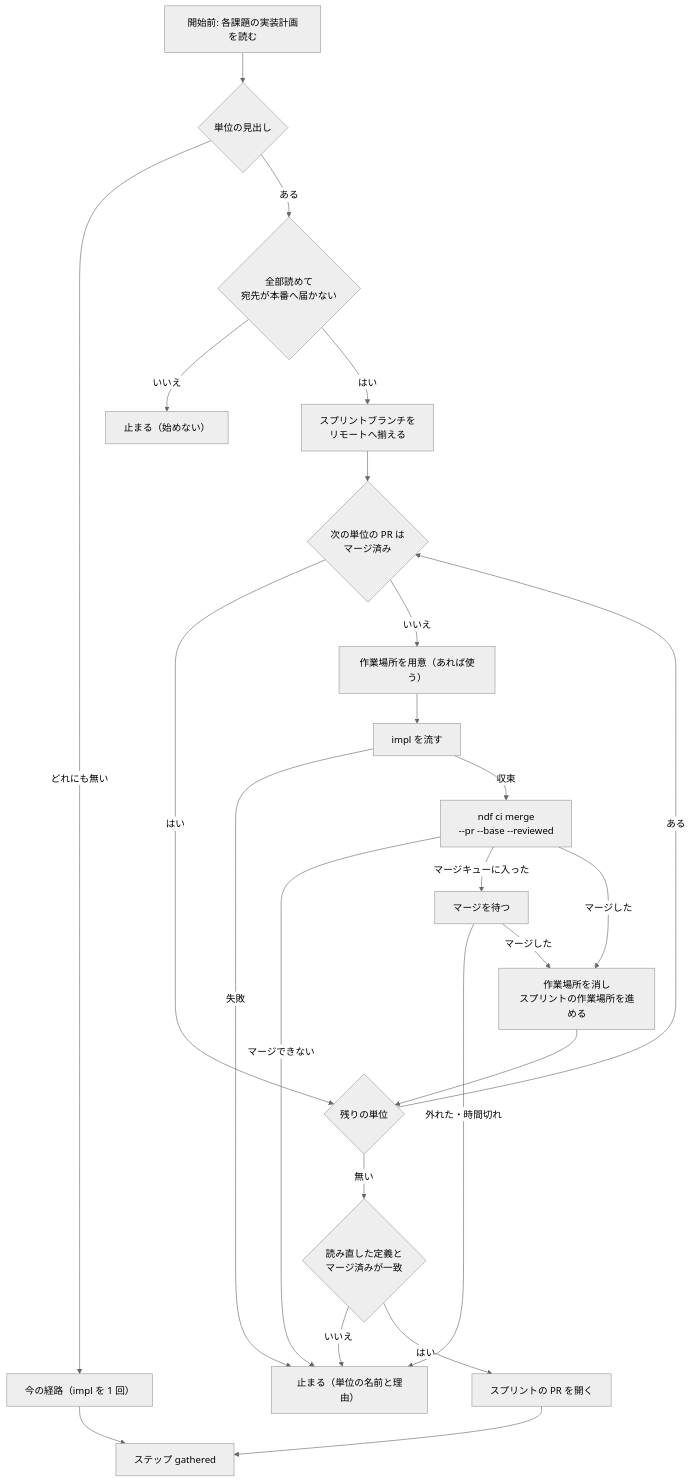
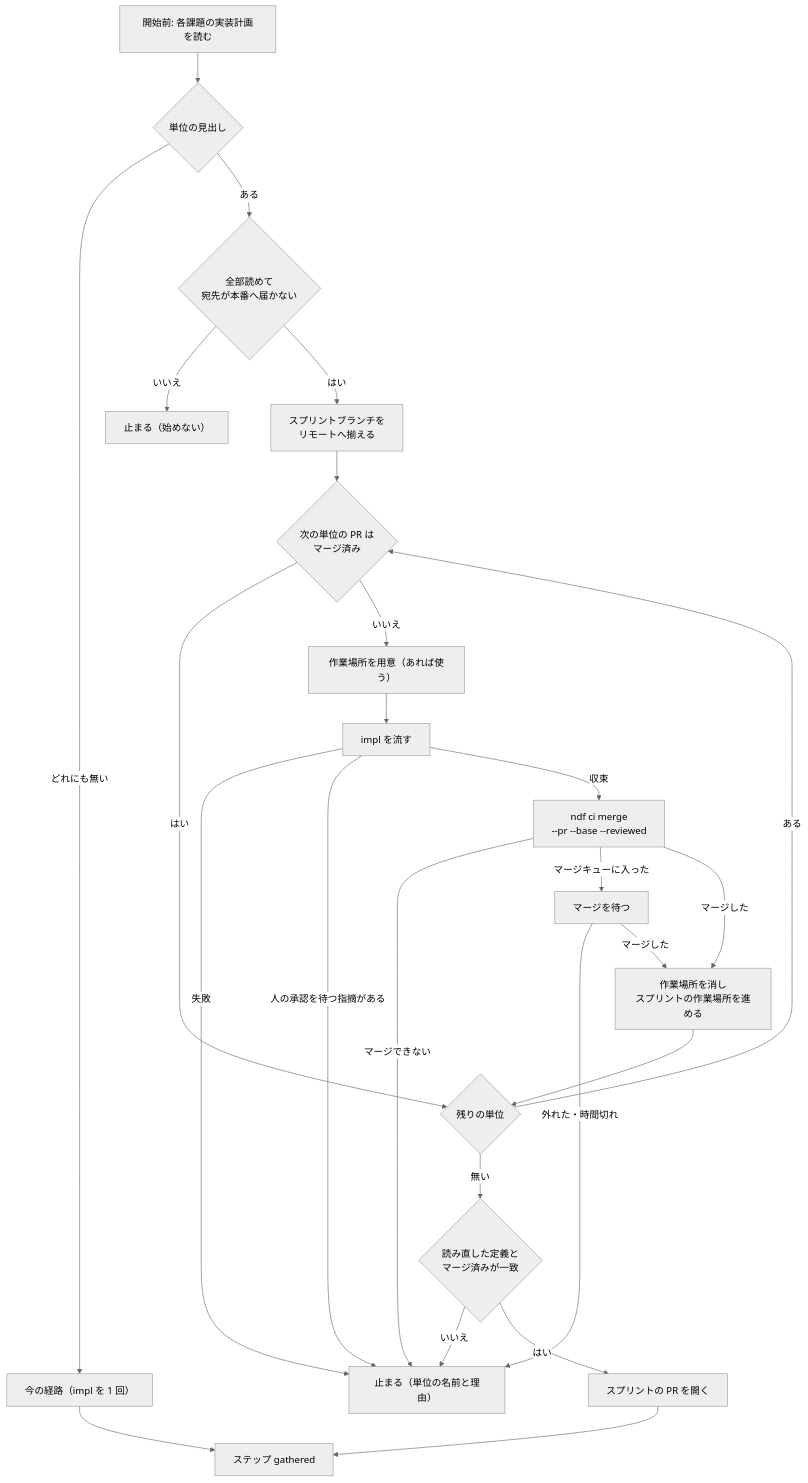
One commit to devbasex/ai-plugins changed the third of 3 diagrams in issues/issue-4369-design.md. Above: the diagram before and after it, drawn with Mermaid (neutral theme). The commit also changed other lines of this file, not shown here.

````diff
--- a/issues/issue-4369-design.md
+++ b/issues/issue-4369-design.md
@@ -165,26 +168,27 @@
 ```mermaid
 flowchart TB
   A["開始前: 各課題の実装計画を読む"] --> B{"単位の見出し"}
   B -->|どれにも無い| C["今の経路（impl を 1 回）"]
   B -->|ある| D{"全部読めて<br/>宛先が本番へ届かない"}
   D -->|いいえ| E["止まる（始めない）"]
   D -->|はい| F["スプリントブランチを<br/>リモートへ揃える"]
   F --> H{"次の単位の PR は<br/>マージ済み"}
   H -->|はい| N
   H -->|いいえ| W["作業場所を用意（あれば使う）"]
   W --> P["impl を流す"]
   P -->|失敗| X["止まる（単位の名前と理由）"]
+  P -->|人の承認を待つ指摘がある| X
   P -->|収束| M["ndf ci merge<br/>--pr --base --reviewed"]
   M -->|マージできない| X
   M -->|マージキューに入った| Q["マージを待つ"]
   Q -->|外れた・時間切れ| X
   Q -->|マージした| Y
   M -->|マージした| Y["作業場所を消し<br/>スプリントの作業場所を進める"]
   Y --> N{"残りの単位"}
   N -->|ある| H
   N -->|無い| R{"読み直した定義と<br/>マージ済みが一致"}
   R -->|いいえ| X
   R -->|はい| Z["スプリントの PR を開く"]
   Z --> G["ステップ gathered"]
   C --> G
 ```
````
